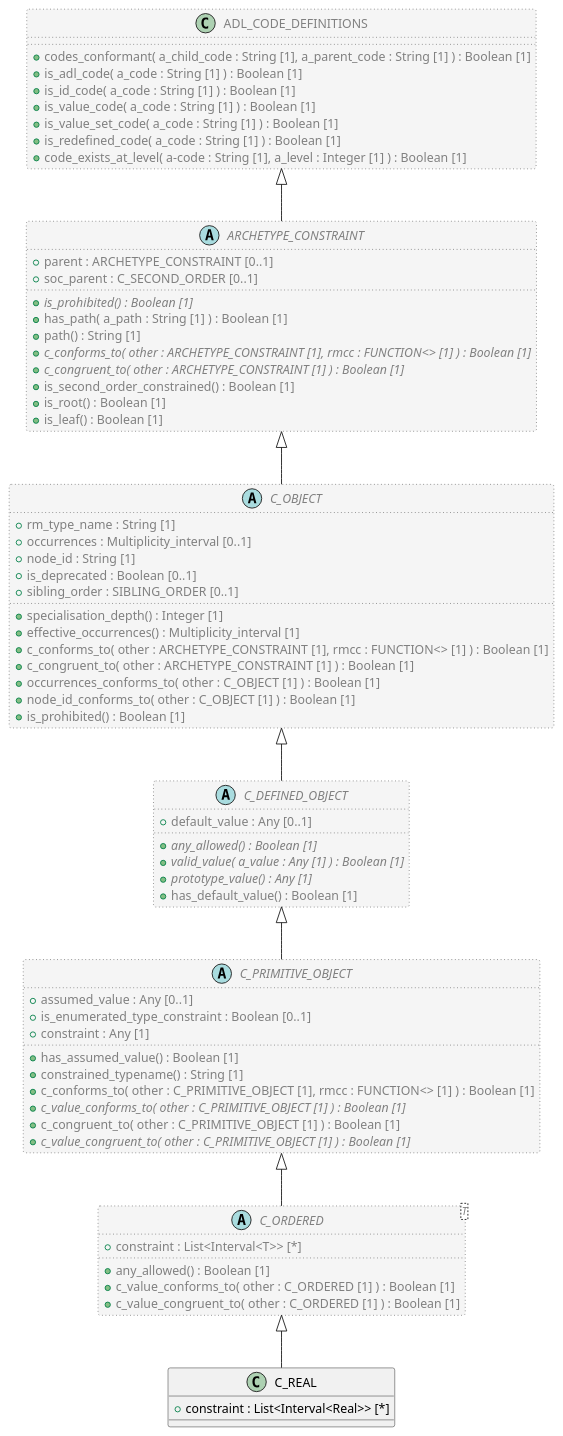
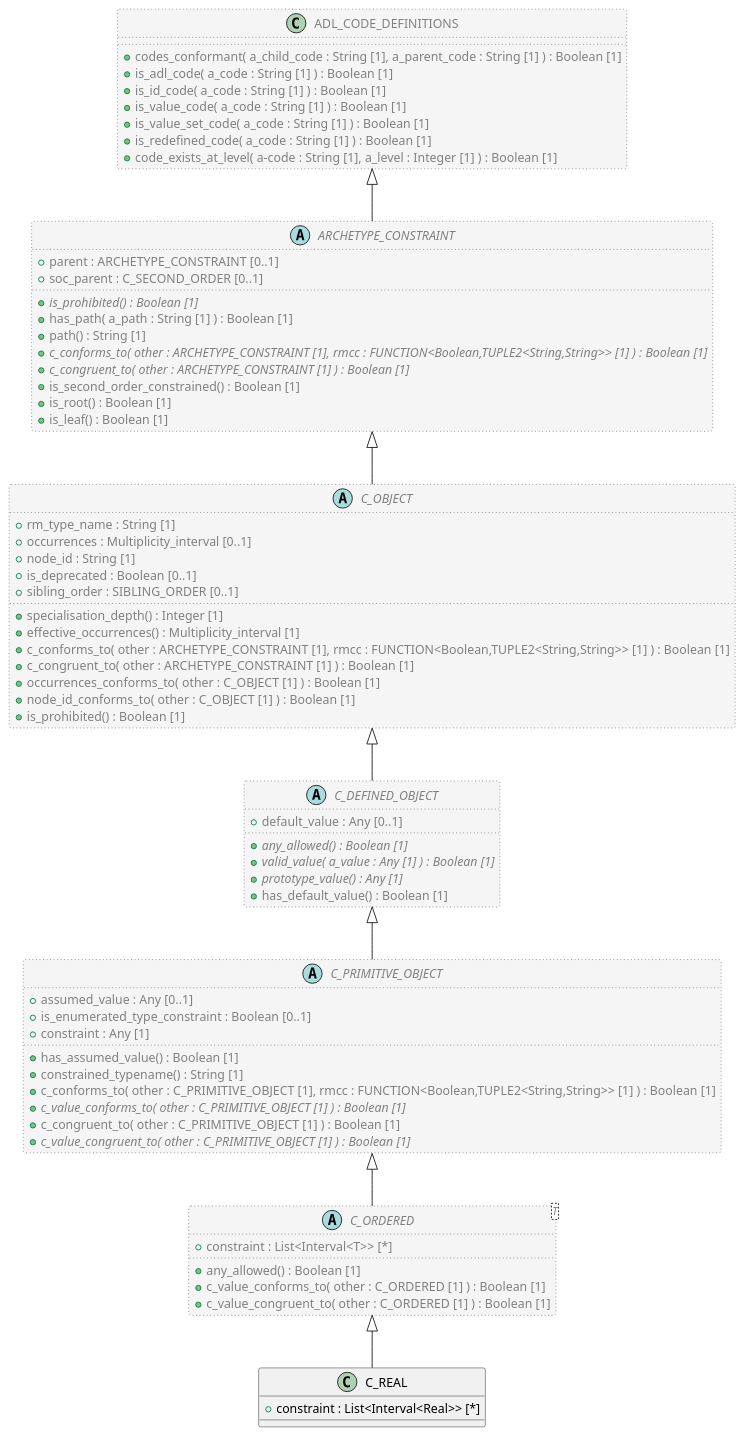
Before and after one commit to sebastian-iancu/code-generator: the diagram in code/Adoc/openehr_am_2.2.0/plantUML/classes/aom2.c_real.adoc, drawn with PlantUML. The commit also changed 299 other files, not shown here.

```diff
--- a/code/Adoc/openehr_am_2.2.0/plantUML/classes/aom2.c_real.adoc
+++ b/code/Adoc/openehr_am_2.2.0/plantUML/classes/aom2.c_real.adoc
@@ -19,7 +19,7 @@
   + constraint : Any [1]
   + has_assumed_value() : Boolean [1]
   + constrained_typename() : String [1]
-  + c_conforms_to( other : C_PRIMITIVE_OBJECT [1], rmcc : FUNCTION<> [1] ) : Boolean [1]
+  + c_conforms_to( other : C_PRIMITIVE_OBJECT [1], rmcc : FUNCTION<Boolean,TUPLE2<String,String>> [1] ) : Boolean [1]
   + {abstract} c_value_conforms_to( other : C_PRIMITIVE_OBJECT [1] ) : Boolean [1]
   + c_congruent_to( other : C_PRIMITIVE_OBJECT [1] ) : Boolean [1]
   + {abstract} c_value_congruent_to( other : C_PRIMITIVE_OBJECT [1] ) : Boolean [1]
@@ -41,7 +41,7 @@
   + sibling_order : SIBLING_ORDER [0..1]
   + specialisation_depth() : Integer [1]
   + effective_occurrences() : Multiplicity_interval [1]
-  + c_conforms_to( other : ARCHETYPE_CONSTRAINT [1], rmcc : FUNCTION<> [1] ) : Boolean [1]
+  + c_conforms_to( other : ARCHETYPE_CONSTRAINT [1], rmcc : FUNCTION<Boolean,TUPLE2<String,String>> [1] ) : Boolean [1]
   + c_congruent_to( other : ARCHETYPE_CONSTRAINT [1] ) : Boolean [1]
   + occurrences_conforms_to( other : C_OBJECT [1] ) : Boolean [1]
   + node_id_conforms_to( other : C_OBJECT [1] ) : Boolean [1]
@@ -54,7 +54,7 @@
   + {abstract} is_prohibited() : Boolean [1]
   + has_path( a_path : String [1] ) : Boolean [1]
   + path() : String [1]
-  + {abstract} c_conforms_to( other : ARCHETYPE_CONSTRAINT [1], rmcc : FUNCTION<> [1] ) : Boolean [1]
+  + {abstract} c_conforms_to( other : ARCHETYPE_CONSTRAINT [1], rmcc : FUNCTION<Boolean,TUPLE2<String,String>> [1] ) : Boolean [1]
   + {abstract} c_congruent_to( other : ARCHETYPE_CONSTRAINT [1] ) : Boolean [1]
   + is_second_order_constrained() : Boolean [1]
   + is_root() : Boolean [1]
```
